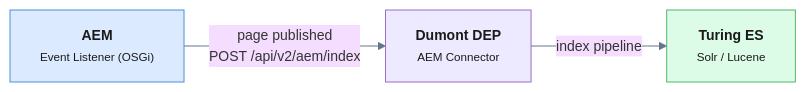
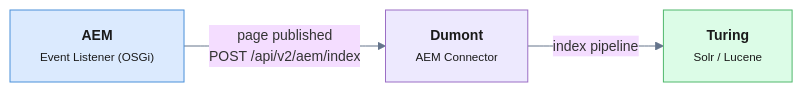
One commit to openviglet/docs changed the diagram in blog/2026-06-14-enterprise-search-for-adobe-aem/index.md. Above: the diagram before and after it, drawn with Mermaid. The commit also changed other lines of this file and 157 other files, not shown here.

````diff
--- a/blog/2026-06-14-enterprise-search-for-adobe-aem/index.md
+++ b/blog/2026-06-14-enterprise-search-for-adobe-aem/index.md
@@ -48,17 +48,17 @@
 ```mermaid
 %%{init: {'theme': 'base', 'themeVariables': {'fontSize': '14px', 'lineColor': '#64748b'}}}%%
 flowchart LR
     AEM["<b>AEM</b><br/><small>Event Listener (OSGi)</small>"]
-    DUM["<b>Dumont DEP</b><br/><small>AEM Connector</small>"]
-    TUR["<b>Turing ES</b><br/><small>Solr / Lucene</small>"]
+    DUM["<b>Dumont</b><br/><small>AEM Connector</small>"]
+    TUR["<b>Turing</b><br/><small>Solr / Lucene</small>"]
 
     AEM -->|"page published<br/>POST /api/v2/aem/index"| DUM
     DUM -->|"index pipeline"| TUR
 
     classDef aem fill:#dbeafe,stroke:#4A90D9,color:#1a1a1a;
     classDef dum fill:#ede9fe,stroke:#9B6EC5,color:#1a1a1a;
     classDef tur fill:#dcfce7,stroke:#50B86C,color:#1a1a1a;
     class AEM aem;
     class DUM dum;
     class TUR tur;
 ```
````
